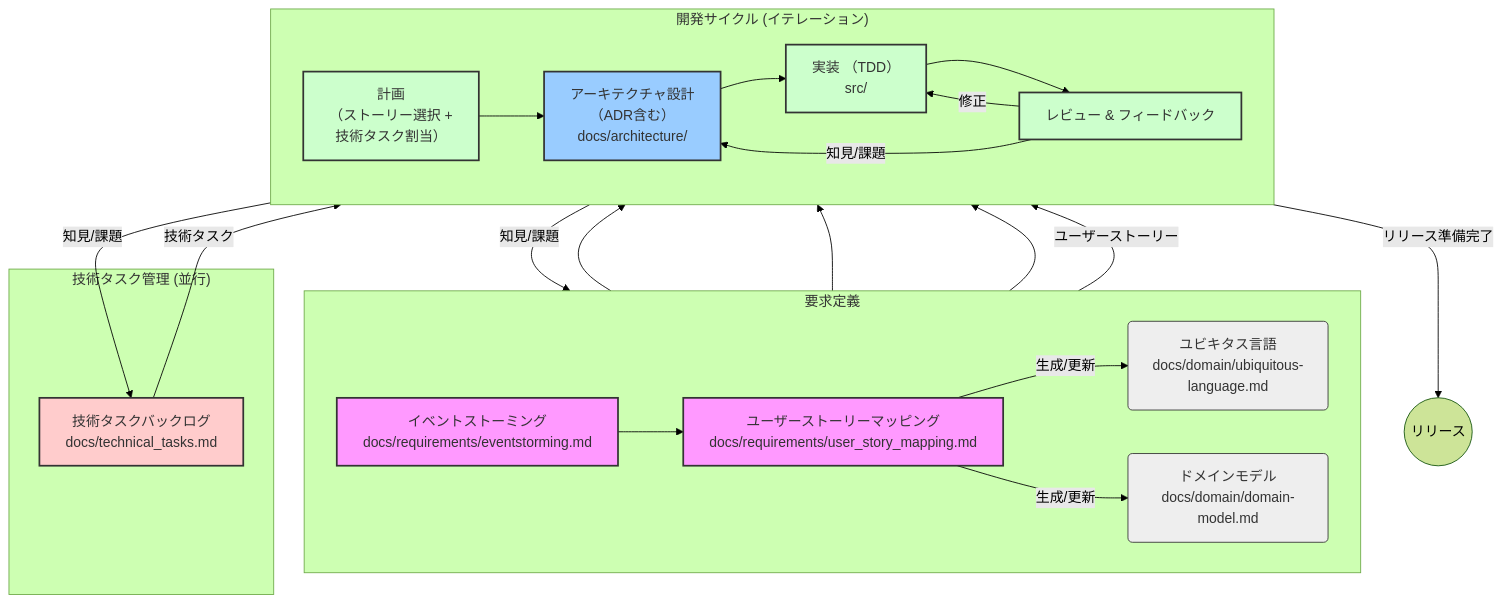
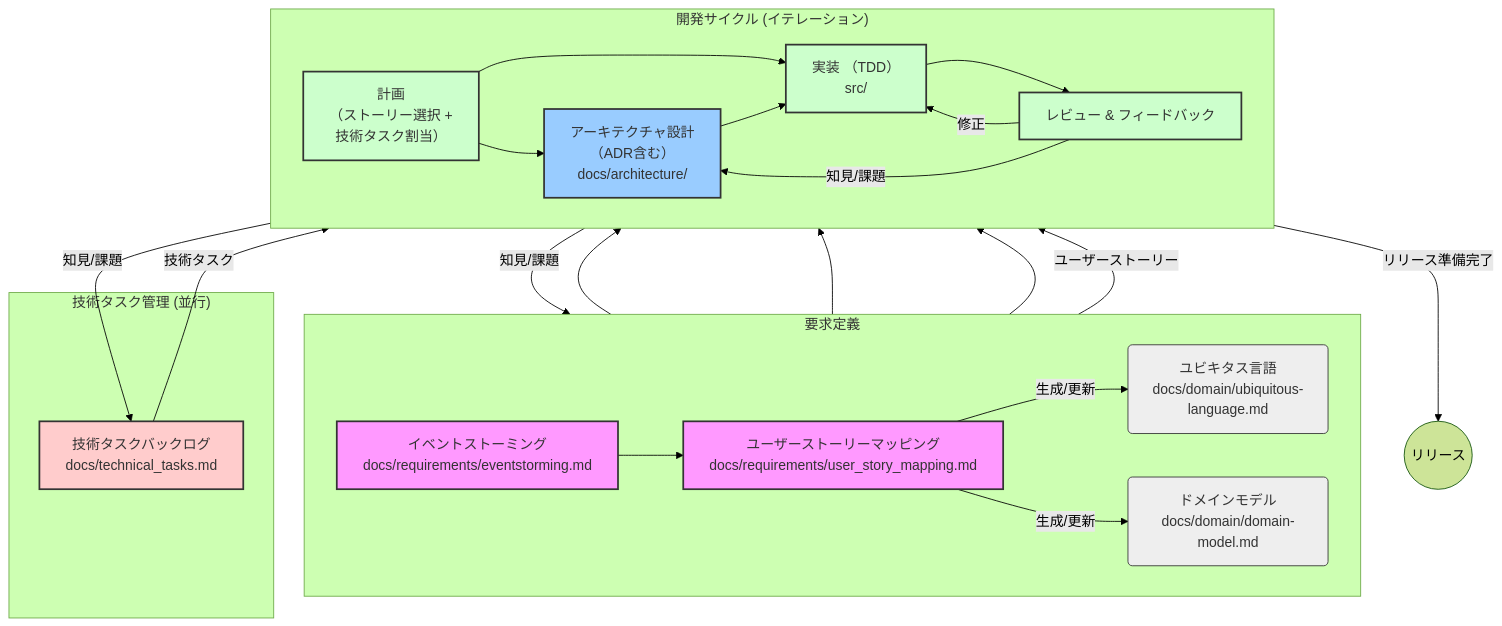
The diagram in docs/DEVELOPMENT_GUIDE.md (nihemak/ddd-product-dev-sample-jp), drawn with Mermaid (forest theme) before and after one commit. The commit also changed other lines of this file, not shown here.

Commit message:
docs: 開発フロー図に計画から実装へのパスを追加

````diff
--- a/docs/DEVELOPMENT_GUIDE.md
+++ b/docs/DEVELOPMENT_GUIDE.md
@@ -9,60 +9,61 @@
 ```mermaid
 graph TD
     %% スタイル定義
     classDef requirement fill:#f9f,stroke:#333,stroke-width:2px,color:#333;
     classDef modeling fill:#ccf,stroke:#333,stroke-width:2px,color:#333;
     classDef design fill:#9cf,stroke:#333,stroke-width:2px,color:#333;
     classDef dev fill:#cfc,stroke:#333,stroke-width:2px,color:#333;
     classDef artifact fill:#eee,stroke:#333,stroke-width:1px,color:#333;
     classDef tech fill:#fcc,stroke:#333,stroke-width:2px,color:#333;
 
     %% 要求定義フェーズ
     subgraph "要求定義"
         direction LR
         ES[イベントストーミング<br/>docs/requirements/eventstorming.md]:::requirement --> USM[ユーザーストーリーマッピング<br/>docs/requirements/user_story_mapping.md]:::requirement;
         USM -- 生成/更新 --> UL(ユビキタス言語<br/>docs/domain/ubiquitous-language.md):::artifact;
         USM -- 生成/更新 --> DM(ドメインモデル<br/>docs/domain/domain-model.md):::artifact;
     end
 
     %% 開発・改善ループ (設計含む)
     subgraph "開発サイクル (イテレーション)"
         direction LR
         %% ノード定義
         PLAN[計画<br/>（ストーリー選択 +<br/>技術タスク割当）]:::dev;
         ARCH[アーキテクチャ設計<br/>（ADR含む）<br/>docs/architecture/]:::design;
         IMPL[実装 （TDD）<br/>src/]:::dev;
         REVIEW[レビュー & フィードバック]:::dev;
 
         %% 内部フロー
         PLAN --> ARCH;
+        PLAN --> IMPL;
         ARCH --> IMPL;
         IMPL --> REVIEW;
         REVIEW -- 修正 --> IMPL;
         REVIEW -- 知見/課題 --> ARCH;
     end
 
     subgraph "技術タスク管理 (並行)"
         TECH[技術タスクバックログ<br/>docs/technical_tasks.md]:::tech;
     end
 
     %% 開発サイクルへのインプット
     UL --> ARCH;
     DM --> ARCH;
     DM --> IMPL;
     USM -- ユーザーストーリー --> PLAN;
     TECH -- 技術タスク --> PLAN;
 
     %% 開発サイクル外へのフィードバック
     REVIEW -- 知見/課題 --> USM;
     REVIEW -- 知見/課題 --> TECH;
 
     %% 完了
     REVIEW -- リリース準備完了 --> RELEASE((リリース));
 
     %% クラス適用 (Mermaid構文)
     class ES,USM requirement;
     class UL,DM artifact;
     class ARCH design;
     class PLAN,IMPL,REVIEW dev;
     class TECH tech;
 ```
````
